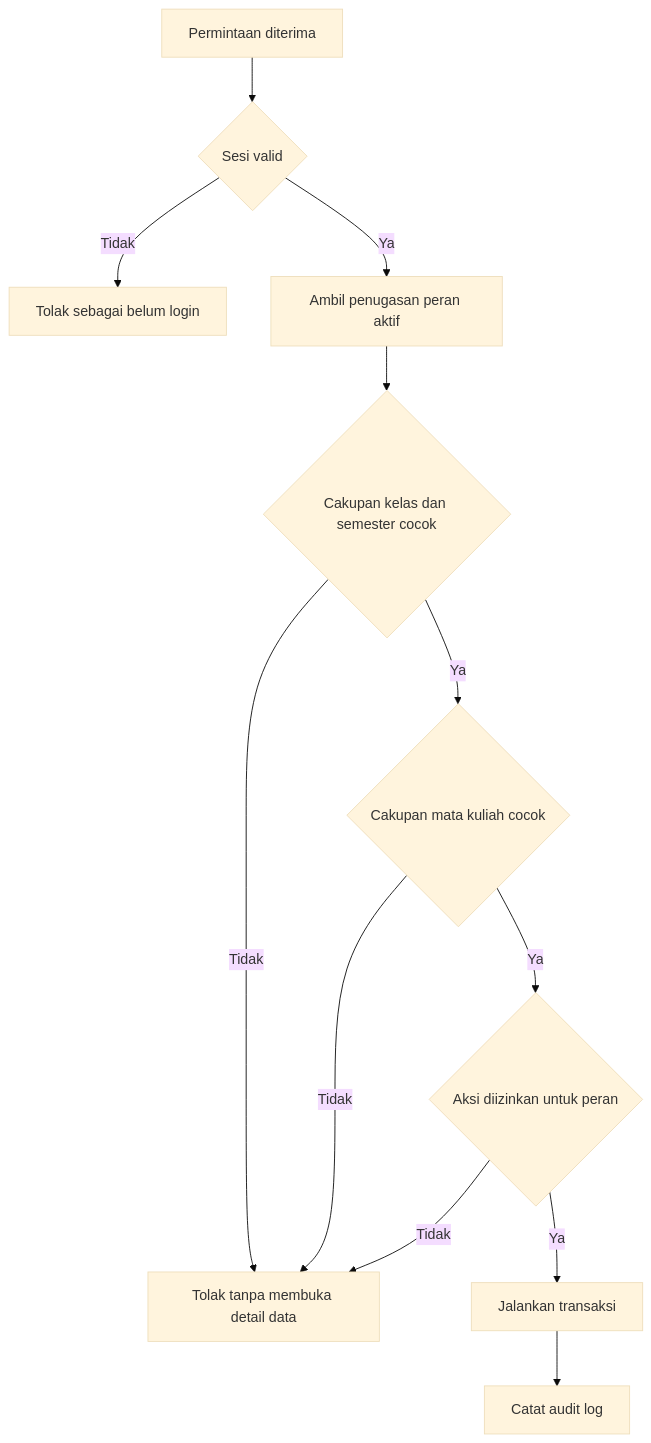
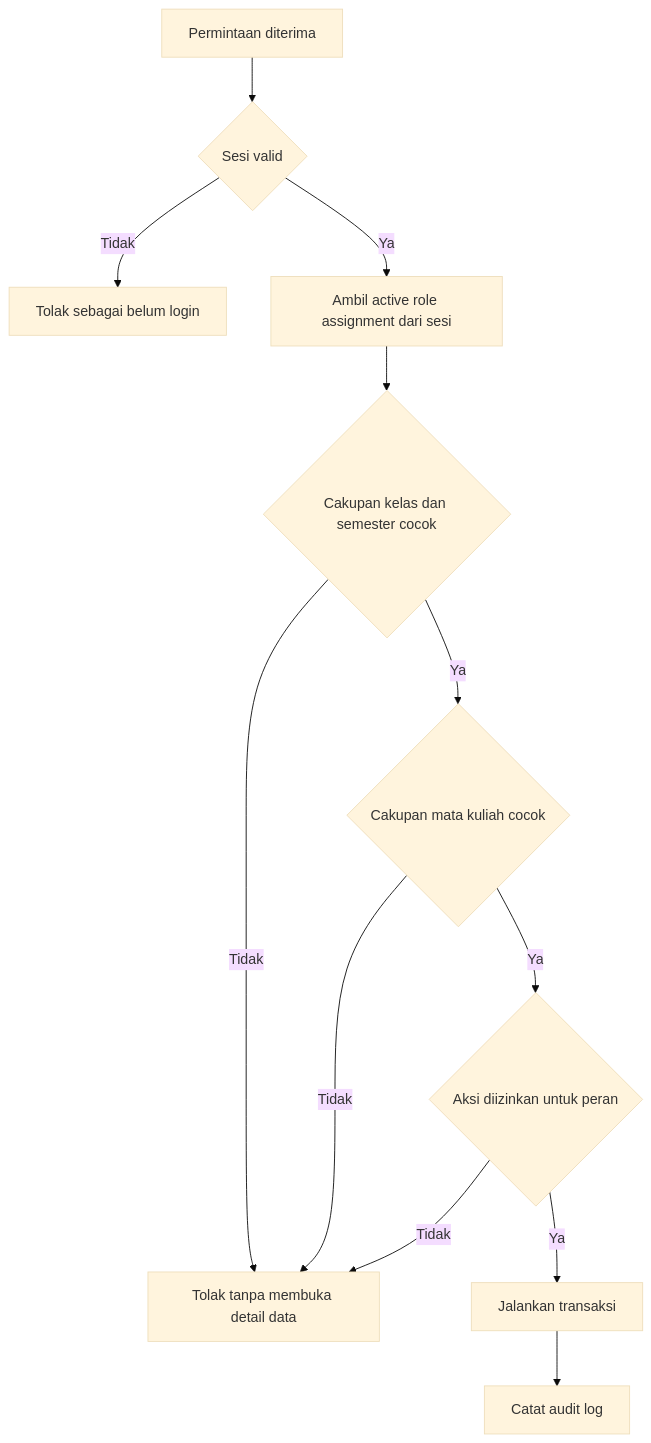
The first of 2 diagrams in docs/product/ACCESS_CONTROL.md (darvaaph/bot-wa-jadwal), drawn with Mermaid (base theme) before and after one commit. The commit also changed other lines of this file and 8 other files, not shown here.

````diff
--- a/docs/product/ACCESS_CONTROL.md
+++ b/docs/product/ACCESS_CONTROL.md
@@ -212,14 +214,14 @@
 ```mermaid
 flowchart TD
     A[Permintaan diterima] --> B{Sesi valid}
     B -->|Tidak| C[Tolak sebagai belum login]
-    B -->|Ya| D[Ambil penugasan peran aktif]
+    B -->|Ya| D[Ambil active role assignment dari sesi]
     D --> E{Cakupan kelas dan semester cocok}
     E -->|Tidak| F[Tolak tanpa membuka detail data]
     E -->|Ya| G{Cakupan mata kuliah cocok}
     G -->|Tidak| F
     G -->|Ya| H{Aksi diizinkan untuk peran}
     H -->|Tidak| F
     H -->|Ya| I[Jalankan transaksi]
     I --> J[Catat audit log]
 ```
````
